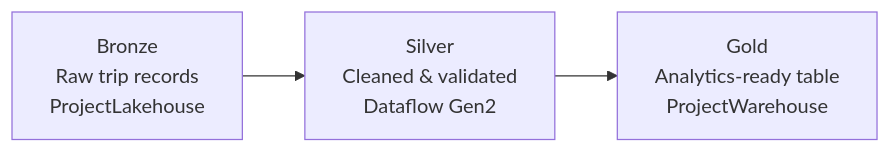
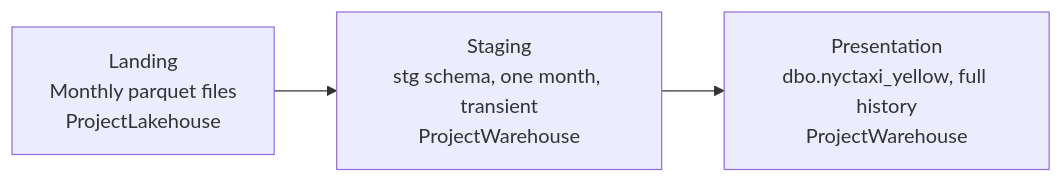
One commit to glcapitan/microsoft-fabric-nyc-taxi-analytics changed the second of 2 diagrams in README.md. Above: the diagram before and after it, drawn with Mermaid. The commit also changed other lines of this file, not shown here.

First line of the commit message:
Revise README for architecture and pipeline updates

````diff
--- a/README.md
+++ b/README.md
@@ -65,5 +65,5 @@
 ```mermaid
 flowchart LR
-    B[Bronze<br/>Raw trip records<br/>ProjectLakehouse] --> S[Silver<br/>Cleaned & validated<br/>Dataflow Gen2]
-    S --> G[Gold<br/>Analytics-ready table<br/>ProjectWarehouse]
+    L[Landing<br/>Monthly parquet files<br/>ProjectLakehouse] --> S[Staging<br/>stg schema, one month, transient<br/>ProjectWarehouse]
+    S --> P[Presentation<br/>dbo.nyctaxi_yellow, full history<br/>ProjectWarehouse]
 ```
````
